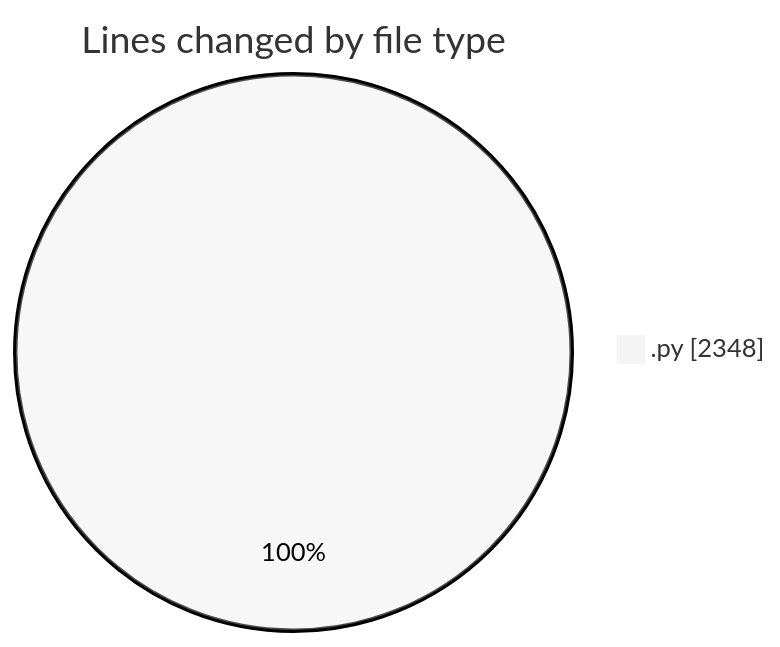
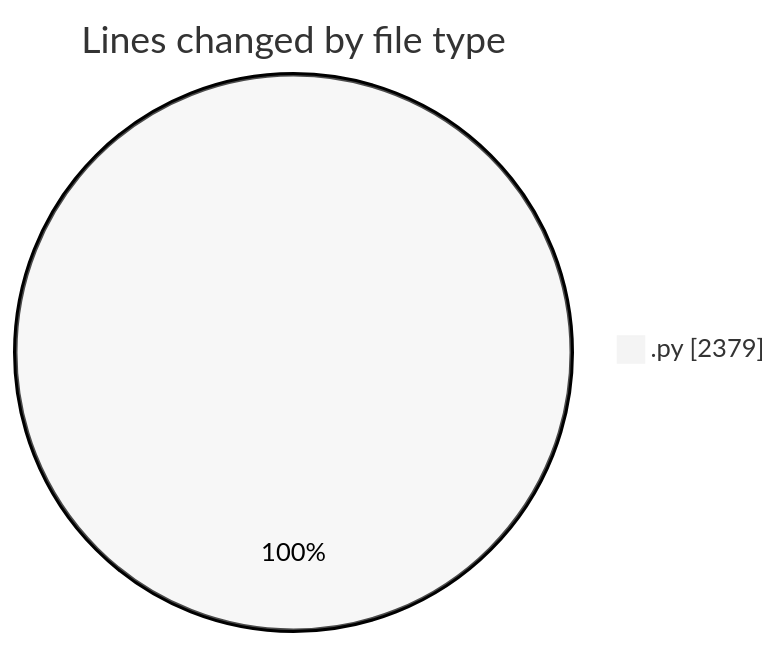
Before and after one commit to MatusMokan/code-tracking: the first of 2 diagrams in 2025-04-19/myws__workspace_/README.md, drawn with Mermaid (neutral theme). The commit also changed other lines of this file and 1 other file, not shown here.

````diff
--- a/2025-04-19/myws__workspace_/README.md
+++ b/2025-04-19/myws__workspace_/README.md
@@ -24,5 +24,5 @@
 ```mermaid
 pie showData
 title Lines changed by file type
-".py" : 2348
+".py" : 2379
 ```
````
